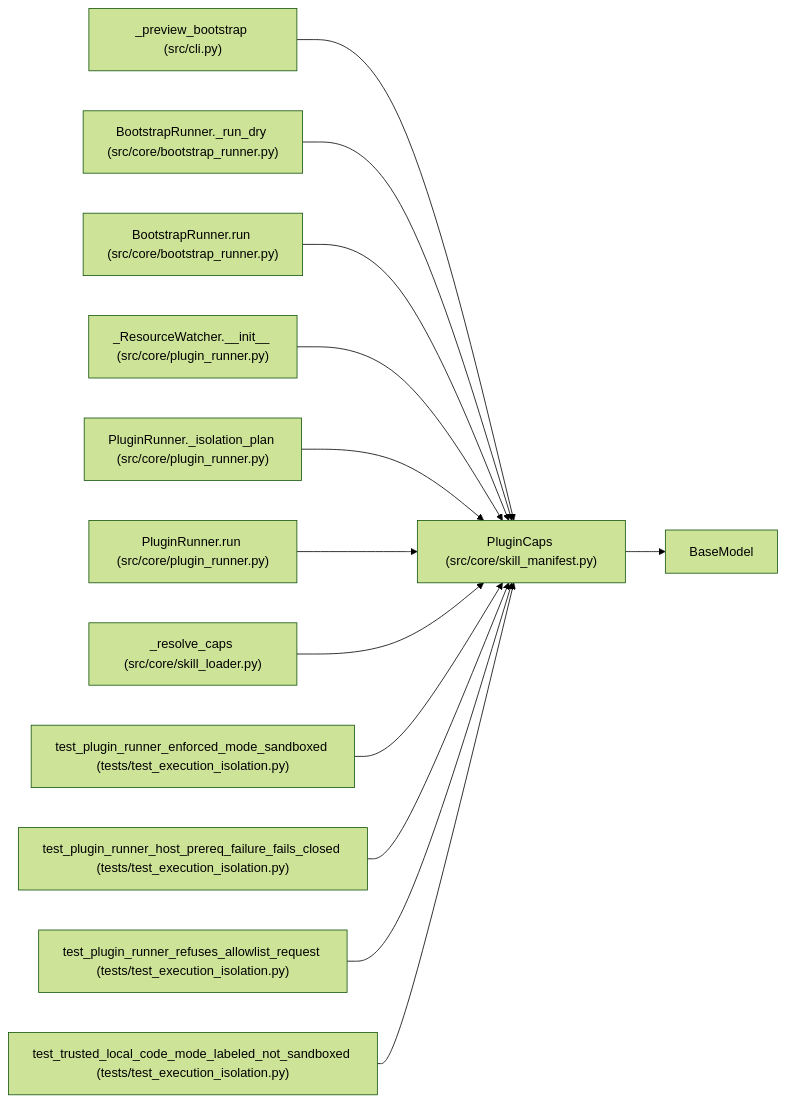
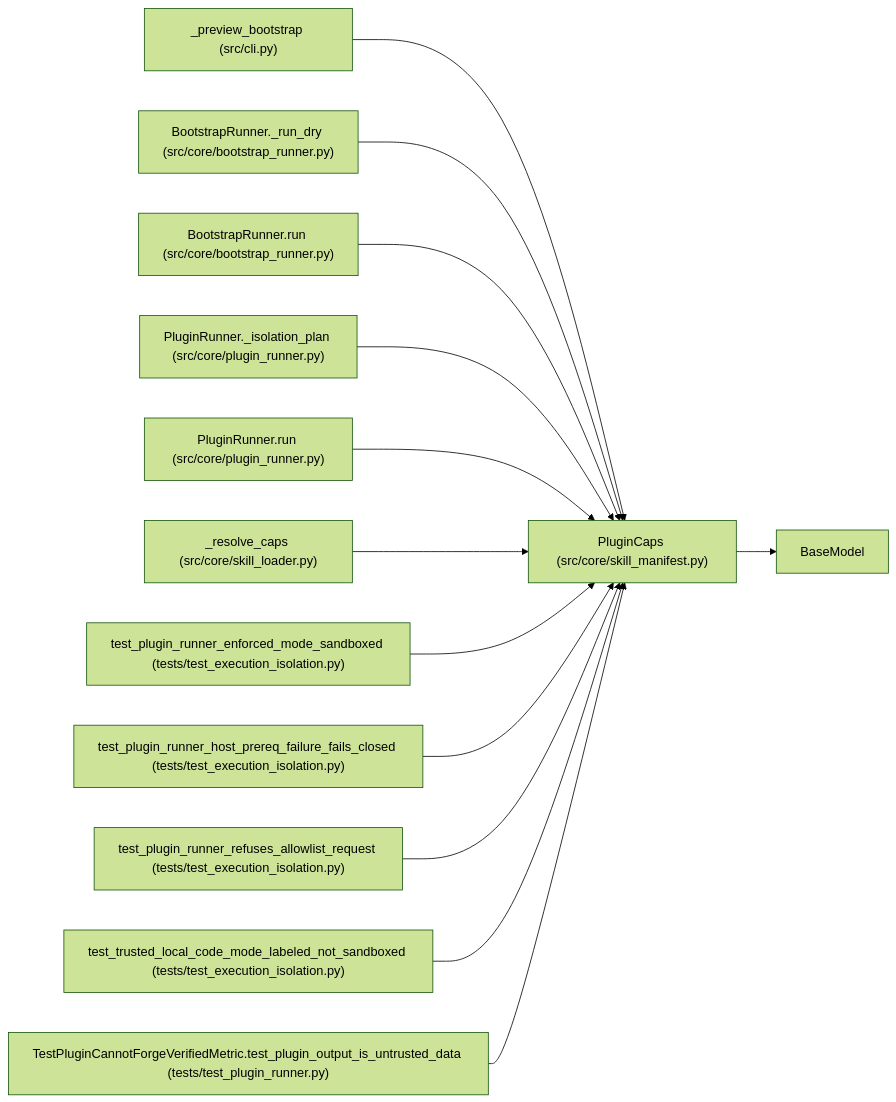
Before and after one commit to Denissvgn/autoresearch-agent: the diagram in docs/llm_wiki/entities/PluginCaps.md, drawn with Mermaid (forest theme). The commit also changed other lines of this file and 37 other files, not shown here.

````diff
--- a/docs/llm_wiki/entities/PluginCaps.md
+++ b/docs/llm_wiki/entities/PluginCaps.md
@@ -49,40 +49,40 @@
 ```mermaid
 flowchart LR
     n0["PluginCaps (src/core/skill_manifest.py)"]
     n1["BaseModel"]
     n2["_preview_bootstrap (src/cli.py)"]
     n3["BootstrapRunner._run_dry (src/core/bootstrap_runner.py)"]
     n4["BootstrapRunner.run (src/core/bootstrap_runner.py)"]
-    n5["_ResourceWatcher.__init__ (src/core/plugin_runner.py)"]
-    n6["PluginRunner._isolation_plan (src/core/plugin_runner.py)"]
-    n7["PluginRunner.run (src/core/plugin_runner.py)"]
-    n8["_resolve_caps (src/core/skill_loader.py)"]
-    n9["test_plugin_runner_enforced_mode_sandboxed (tests/test_execution_isolation.py)"]
-    n10["test_plugin_runner_host_prereq_failure_fails_closed (tests/test_execution_isolation.py)"]
-    n11["test_plugin_runner_refuses_allowlist_request (tests/test_execution_isolation.py)"]
-    n12["test_trusted_local_code_mode_labeled_not_sandboxed (tests/test_execution_isolation.py)"]
+    n5["PluginRunner._isolation_plan (src/core/plugin_runner.py)"]
+    n6["PluginRunner.run (src/core/plugin_runner.py)"]
+    n7["_resolve_caps (src/core/skill_loader.py)"]
+    n8["test_plugin_runner_enforced_mode_sandboxed (tests/test_execution_isolation.py)"]
+    n9["test_plugin_runner_host_prereq_failure_fails_closed (tests/test_execution_isolation.py)"]
+    n10["test_plugin_runner_refuses_allowlist_request (tests/test_execution_isolation.py)"]
+    n11["test_trusted_local_code_mode_labeled_not_sandboxed (tests/test_execution_isolation.py)"]
+    n12["TestPluginCannotForgeVerifiedMetric.test_plugin_output_is_untrusted_data (tests/test_plugin_runner.py)"]
     n0 --> n1
     n2 --> n0
     n3 --> n0
     n4 --> n0
     n5 --> n0
     n6 --> n0
     n7 --> n0
     n8 --> n0
     n9 --> n0
     n10 --> n0
     n11 --> n0
     n12 --> n0
     click n0 "../modules/skill_manifest.md"
     click n2 "../modules/cli.md"
     click n3 "../modules/bootstrap_runner.md"
     click n4 "../modules/bootstrap_runner.md"
     click n5 "../modules/plugin_runner.md"
     click n6 "../modules/plugin_runner.md"
-    click n7 "../modules/plugin_runner.md"
-    click n8 "../modules/skill_loader.md"
+    click n7 "../modules/skill_loader.md"
+    click n8 "../modules/test_execution_isolation.md"
     click n9 "../modules/test_execution_isolation.md"
     click n10 "../modules/test_execution_isolation.md"
     click n11 "../modules/test_execution_isolation.md"
-    click n12 "../modules/test_execution_isolation.md"
+    click n12 "../modules/test_plugin_runner.md"
 ```
````
